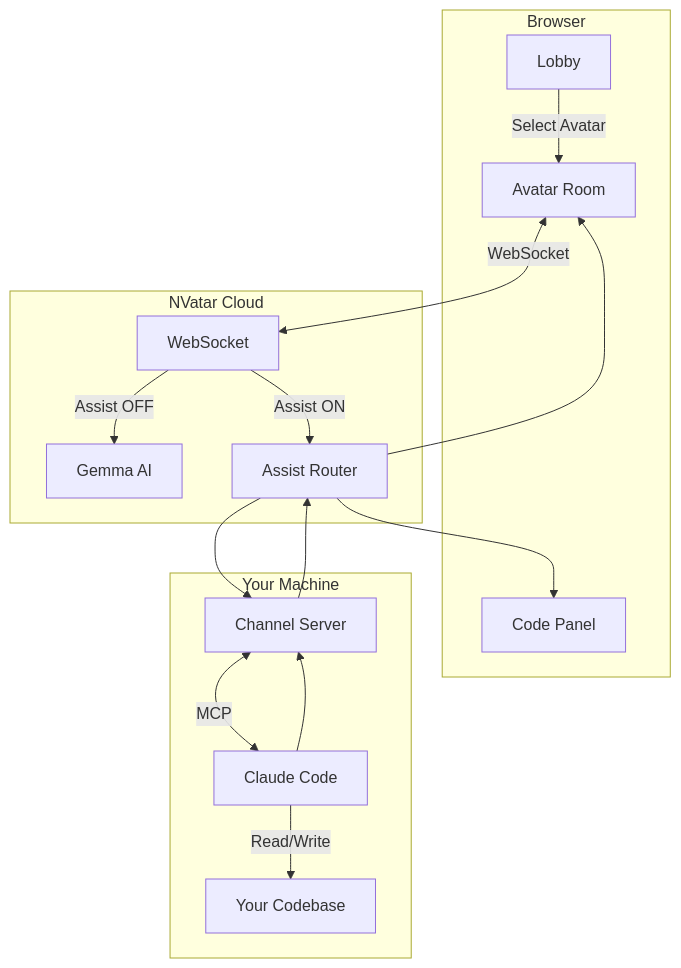
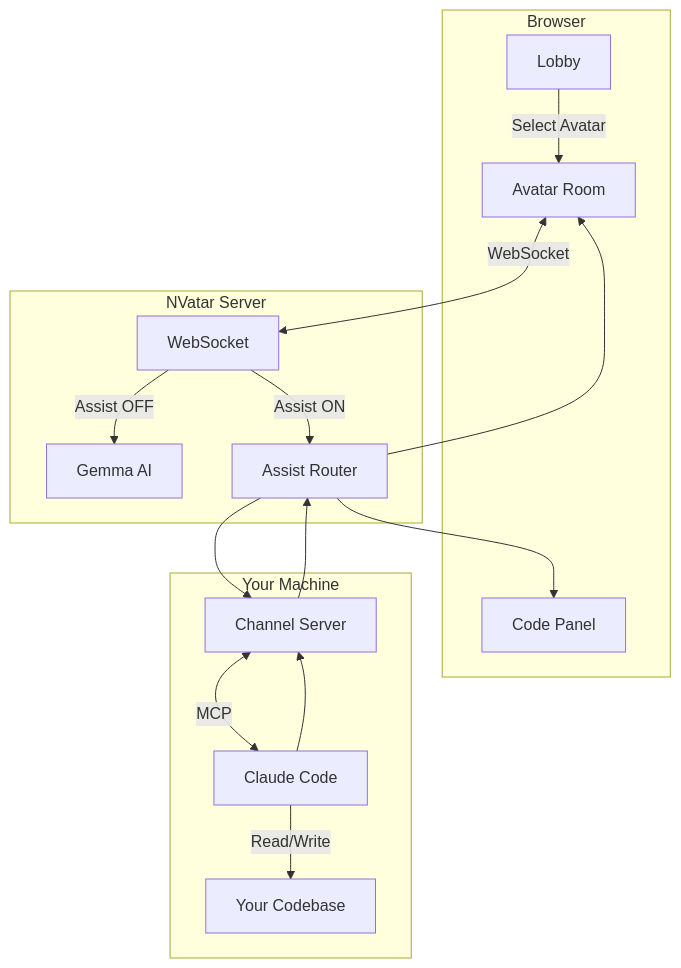
One commit to nskit-io/nvatar-code-assist changed the sixth of 7 diagrams in README.md. Above: the diagram before and after it, drawn with Mermaid. The commit also changed other lines of this file and 3 other files, not shown here.

````diff
--- a/README.md
+++ b/README.md
@@ -181,32 +183,32 @@
 ```mermaid
 graph TB
     subgraph Browser
         L[Lobby]
         R[Avatar Room]
         CP[Code Panel]
     end
 
-    subgraph NVatar Cloud
+    subgraph NVatar Server
         WS[WebSocket]
         GM[Gemma AI]
         SDK[Assist Router]
     end
 
     subgraph Your Machine
         BUN[Channel Server]
         CC[Claude Code]
         FS[Your Codebase]
     end
 
     L -->|Select Avatar| R
     R <-->|WebSocket| WS
     WS -->|Assist OFF| GM
     WS -->|Assist ON| SDK
     SDK --> BUN
     BUN <-->|MCP| CC
     CC -->|Read/Write| FS
     CC --> BUN
     BUN --> SDK
     SDK --> R
     SDK --> CP
 ```
````
